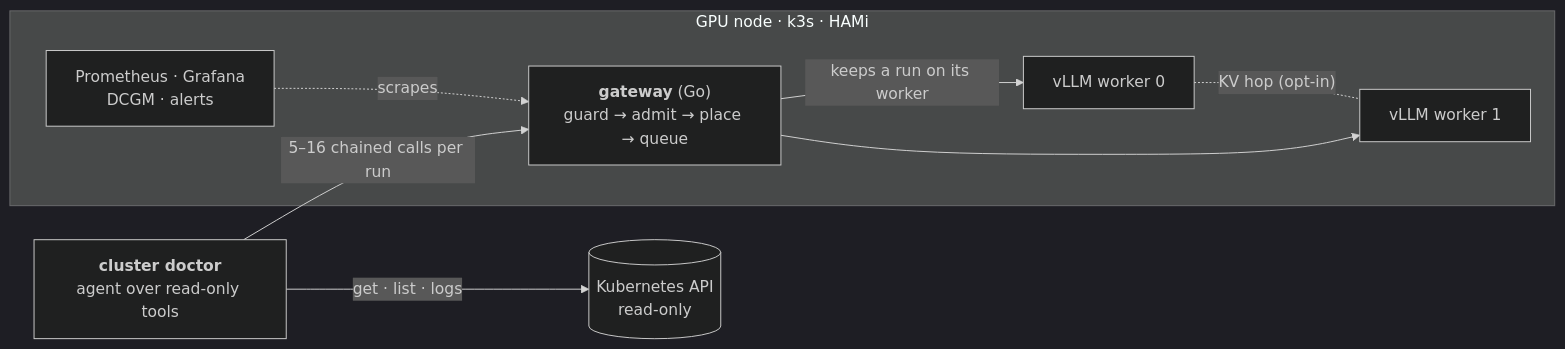
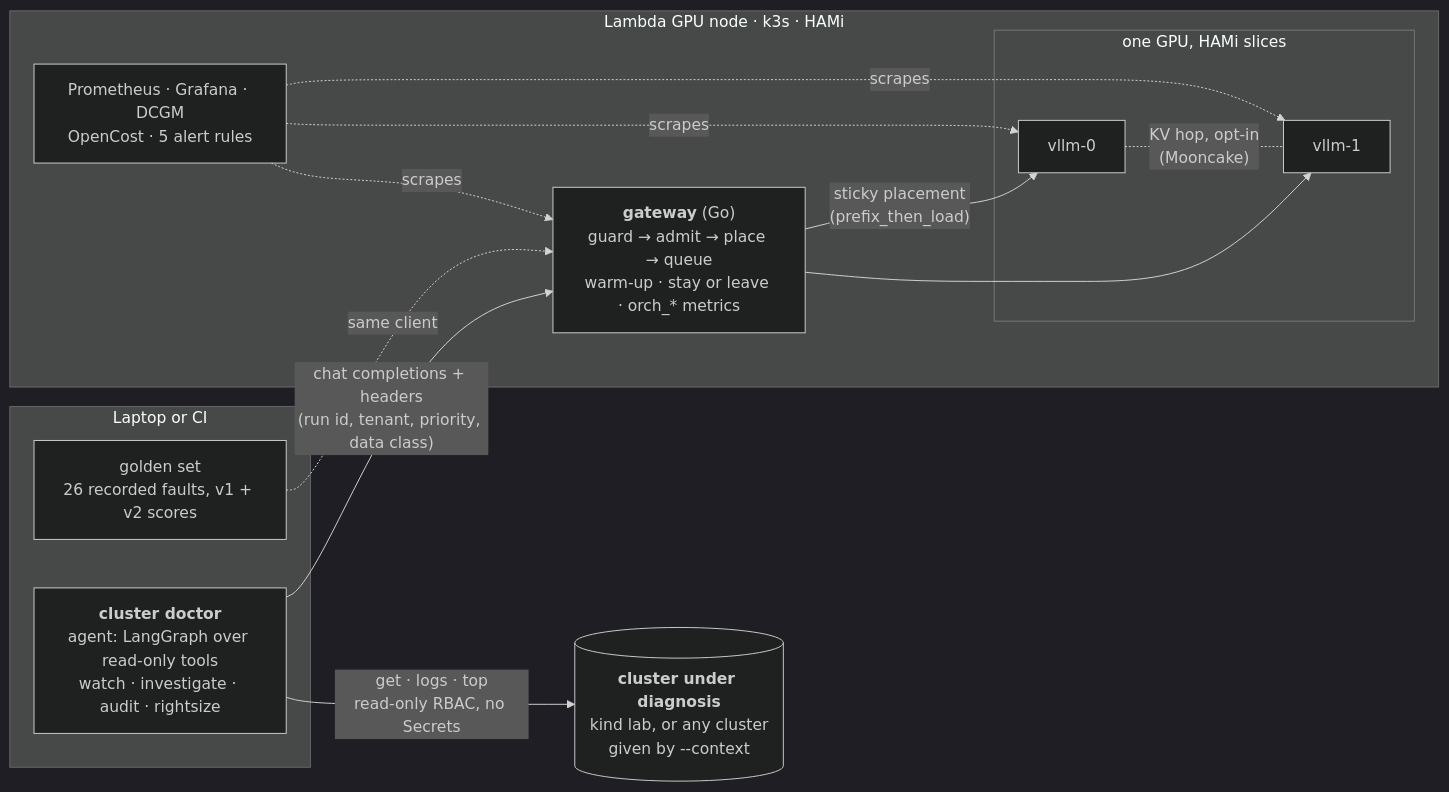
One commit to cduggn/Ariadne changed the diagram in README.md. Above: the diagram before and after it, drawn with Mermaid (dark theme). The commit also changed other lines of this file and 1 other file, not shown here.

Commit message:
README: show the full architecture diagram; label the cluster under diagnosis
The README's diagram was a cut-down copy that lost what each call carries. Both
diagrams now name the Kubernetes box as the cluster the doctor diagnoses (the kind
lab or any --context), separate from the GPU node, with the read-only RBAC on the
arrow and the verbs the code actually allows (get, logs, top).

````diff
--- a/README.md
+++ b/README.md
@@ -29,17 +29,28 @@
 ```mermaid
 flowchart LR
-    doctor["<b>cluster doctor</b><br/>agent over read-only tools"]
-    k8s[("Kubernetes API<br/>read-only")]
-    subgraph node["GPU node · k3s · HAMi"]
-        gw["<b>gateway</b> (Go)<br/>guard → admit → place → queue"]
-        v0["vLLM worker 0"]
-        v1["vLLM worker 1"]
-        obs["Prometheus · Grafana<br/>DCGM · alerts"]
+    subgraph laptop["Laptop or CI"]
+        doctor["<b>cluster doctor</b><br/>agent: LangGraph over read-only tools<br/>watch · investigate · audit · rightsize"]
+        evals["golden set<br/>26 recorded faults, v1 + v2 scores"]
     end
-    doctor -- "5–16 chained calls per run" --> gw
-    doctor -- "get · list · logs" --> k8s
-    gw -- "keeps a run on its worker" --> v0
+
+    subgraph node["Lambda GPU node · k3s · HAMi"]
+        gw["<b>gateway</b> (Go)<br/>guard → admit → place → queue<br/>warm-up · stay or leave · orch_* metrics"]
+        subgraph gpu["one GPU, HAMi slices"]
+            v0["vllm-0"]
+            v1["vllm-1"]
+        end
+        obs["Prometheus · Grafana · DCGM<br/>OpenCost · 5 alert rules"]
+    end
+
+    target[("<b>cluster under diagnosis</b><br/>kind lab, or any cluster<br/>given by --context")]
+
+    doctor -- "chat completions + headers<br/>(run id, tenant, priority, data class)" --> gw
+    evals -. "same client" .-> gw
+    gw -- "sticky placement<br/>(prefix_then_load)" --> v0
     gw --> v1
-    v0 -. "KV hop (opt-in)" .- v1
+    v0 -. "KV hop, opt-in<br/>(Mooncake)" .- v1
+    doctor -- "get · logs · top<br/>read-only RBAC, no Secrets" --> target
     obs -. scrapes .-> gw
+    obs -. scrapes .-> v0
+    obs -. scrapes .-> v1
 ```
````
